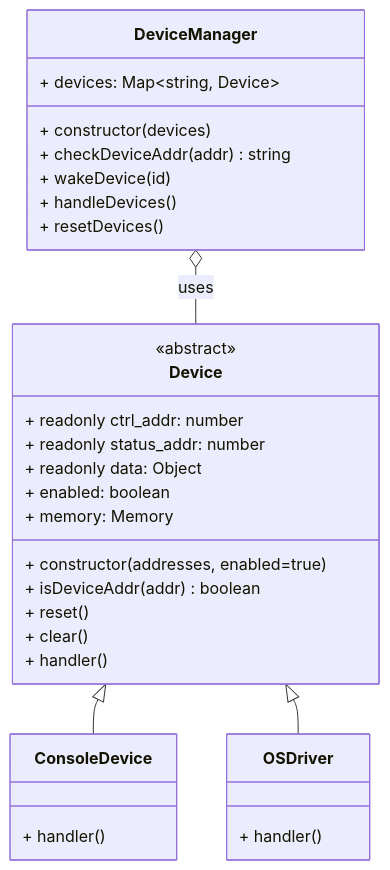
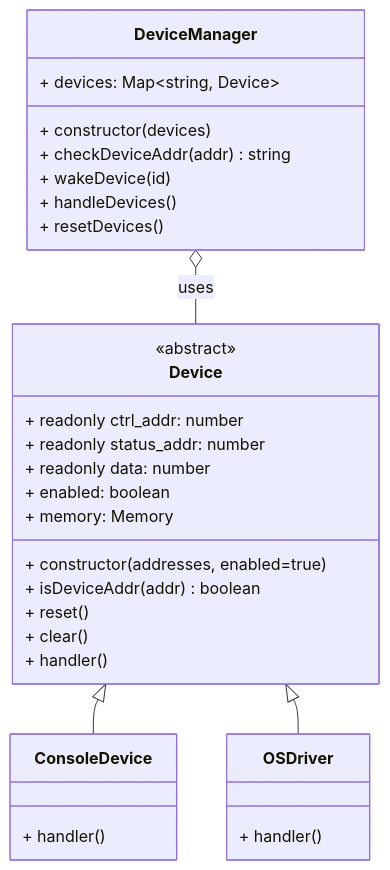
The diagram in diagrams/architecture/devices.mmd (ldcas-uc3m/TFM), drawn with Mermaid before and after one commit. The commit also changed 3 other files, not shown here.

```diff
--- a/diagrams/architecture/devices.mmd
+++ b/diagrams/architecture/devices.mmd
@@ -1,40 +1,40 @@
 classDiagram
     direction TB
 
     class Device {
         <<abstract>>
         + readonly ctrl_addr: number
         + readonly status_addr: number
-        + readonly data: Object
+        + readonly data: number
         + enabled: boolean
         + memory: Memory
         + constructor(addresses, enabled=true)
         + isDeviceAddr(addr) boolean
         + reset()
         + clear()
         + handler()
     }
 
     class Console Device {
         + handler()
         %% - write(value, type)
         %% - prepareRead(type)
     }
 
     class OS Driver {
         + handler()
     }
 
     class Device Manager {
         + devices: Map~string, Device~
         + constructor(devices)
         + checkDeviceAddr(addr) string
         + wakeDevice(id)
         + handleDevices()
         + resetDevices()
     }
 
     %% relationships
     Device <|-- ConsoleDevice
     Device <|-- OSDriver
     DeviceManager  o-- Device: uses
```
